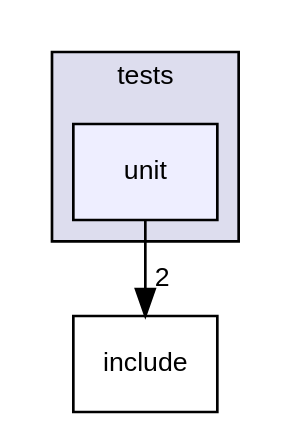
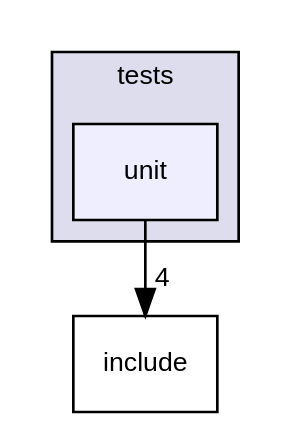
Before and after one commit to UCL/TDMS: the diagram in dir_35da79734557ee91ec31d6196f63b455_dep.dot, drawn with Graphviz. The commit also changed 123 other files, not shown here.

```diff
--- a/dir_35da79734557ee91ec31d6196f63b455_dep.dot
+++ b/dir_35da79734557ee91ec31d6196f63b455_dep.dot
@@ -1,11 +1,11 @@
 digraph "tdms/tests/unit" {
   compound=true
   node [ fontsize="10", fontname="Helvetica"];
   edge [ labelfontsize="10", labelfontname="Helvetica"];
   subgraph clusterdir_99e68cfdfe0514ef618d04f980ae72d7 {
     graph [ bgcolor="#ddddee", pencolor="black", label="tests" fontname="Helvetica", fontsize="10", URL="dir_99e68cfdfe0514ef618d04f980ae72d7.html"]
   dir_35da79734557ee91ec31d6196f63b455 [shape=box, label="unit", style="filled", fillcolor="#eeeeff", pencolor="black", URL="dir_35da79734557ee91ec31d6196f63b455.html"];
   }
   dir_31151eb6fe72a8c6f09675be35b4e99c [shape=box label="include" URL="dir_31151eb6fe72a8c6f09675be35b4e99c.html"];
-  dir_35da79734557ee91ec31d6196f63b455->dir_31151eb6fe72a8c6f09675be35b4e99c [headlabel="2", labeldistance=1.5 headhref="dir_000005_000002.html"];
+  dir_35da79734557ee91ec31d6196f63b455->dir_31151eb6fe72a8c6f09675be35b4e99c [headlabel="4", labeldistance=1.5 headhref="dir_000005_000002.html"];
 }
```
